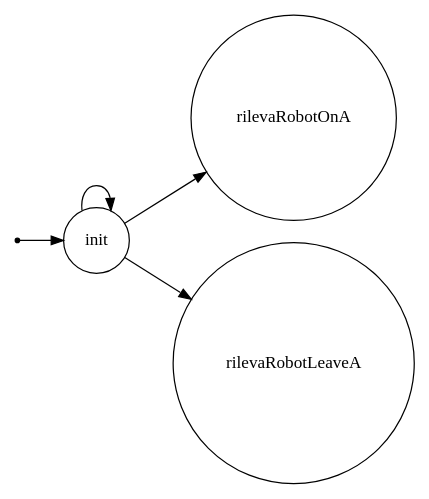
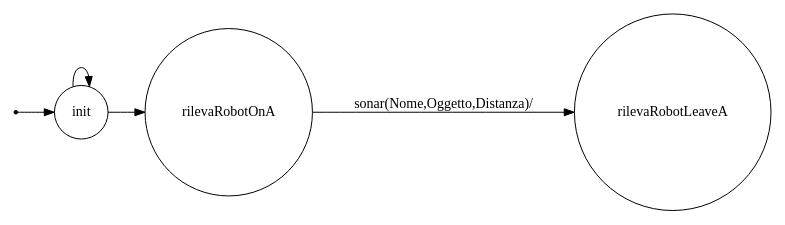
Before and after one commit to sabbio93/QRobotEvitaMuri: the diagram in Model1/srcMore/it/unibo/sonara/dotFsm.gv, drawn with Graphviz. The commit also changed 116 other files, not shown here.

```diff
--- a/Model1/srcMore/it/unibo/sonara/dotFsm.gv
+++ b/Model1/srcMore/it/unibo/sonara/dotFsm.gv
@@ -1,22 +1,23 @@
 /*
 *
 * A GraphViz DOT FSM description 
 * Please use a GraphViz visualizer (like http://www.webgraphviz.com)
 * 
 * Generated by AM,NC,RM
 *  
 */
  
 digraph finite_state_machine {
   	rankdir=LR;
   	size="8,5"
   	node [shape = point]; iniziale;
   	node [shape = doublecircle]; 
   	node [shape = circle];
   	iniziale -> init [label = ""];
   	
   	
   	init -> rilevaRobotOnA [ label = ""];
-  	init -> rilevaRobotLeaveA [ label = ""];
   	init -> init [ label = ""];
+  	
+  	rilevaRobotOnA -> rilevaRobotLeaveA [ label = "sonar(Nome,Oggetto,Distanza)/"];
 }
```
